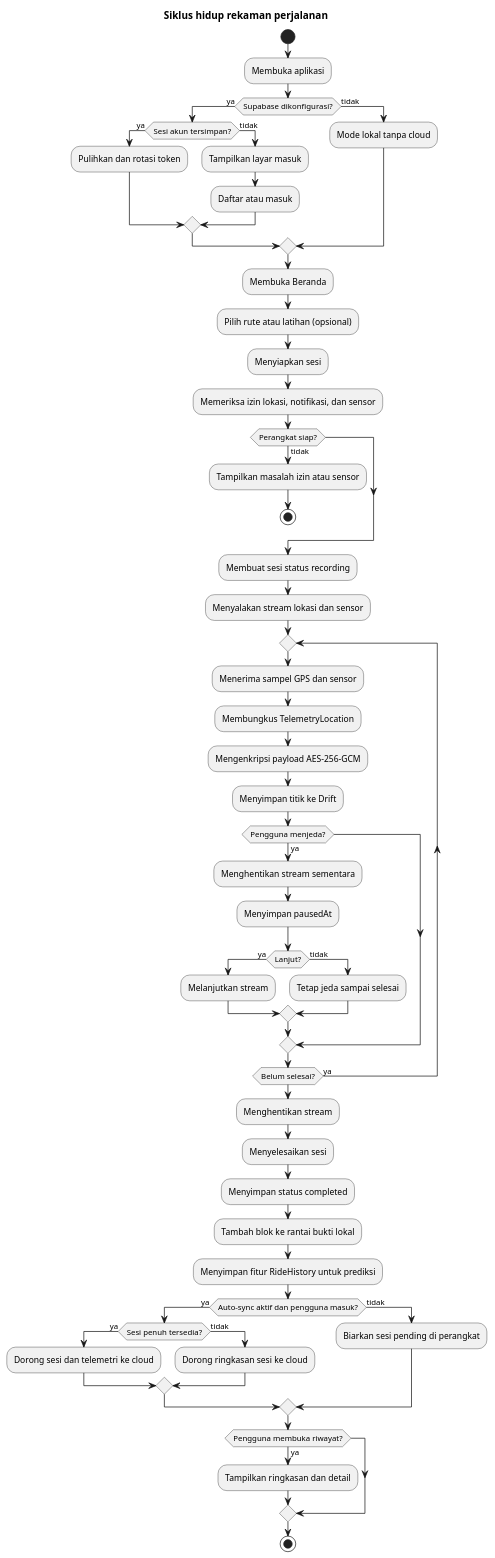
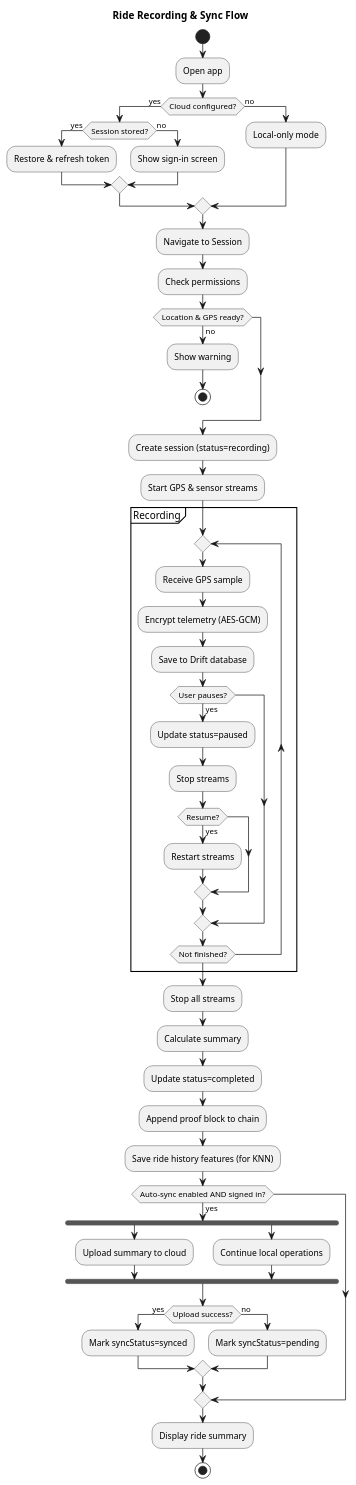
Before and after one commit to IvandryPage/senapath-app: the second of 8 diagrams in docs/UML.md, drawn with PlantUML. The commit also changed other lines of this file and 119 other files, not shown here.

````diff
--- a/docs/UML.md
+++ b/docs/UML.md
@@ -122,69 +235,71 @@
 ```plantuml
 @startuml
-title Siklus hidup rekaman perjalanan
+title Ride Recording & Sync Flow
+
 start
+:Open app;
 
-:Membuka aplikasi;
-if (Supabase dikonfigurasi?) then (ya)
-  if (Sesi akun tersimpan?) then (ya)
-    :Pulihkan dan rotasi token;
-  else (tidak)
-    :Tampilkan layar masuk;
-    :Daftar atau masuk;
+if (Cloud configured?) then (yes)
+  if (Session stored?) then (yes)
+    :Restore & refresh token;
+  else (no)
+    :Show sign-in screen;
   endif
-else (tidak)
-  :Mode lokal tanpa cloud;
+else (no)
+  :Local-only mode;
 endif
 
-:Membuka Beranda;
-:Pilih rute atau latihan (opsional);
-:Menyiapkan sesi;
-:Memeriksa izin lokasi, notifikasi, dan sensor;
-if (Perangkat siap?) then (tidak)
-  :Tampilkan masalah izin atau sensor;
+:Navigate to Session;
+:Check permissions;
+
+if (Location & GPS ready?) then (no)
+  :Show warning;
   stop
 endif
 
-:Membuat sesi status recording;
-:Menyalakan stream lokasi dan sensor;
+:Create session (status=recording);
+:Start GPS & sensor streams;
 
-repeat
-  :Menerima sampel GPS dan sensor;
-  :Membungkus TelemetryLocation;
-  :Mengenkripsi payload AES-256-GCM;
-  :Menyimpan titik ke Drift;
-  if (Pengguna menjeda?) then (ya)
-    :Menghentikan stream sementara;
-    :Menyimpan pausedAt;
-    if (Lanjut?) then (ya)
-      :Melanjutkan stream;
-    else (tidak)
-      :Tetap jeda sampai selesai;
+partition Recording {
+  repeat
+    :Receive GPS sample;
+    :Encrypt telemetry (AES-GCM);
+    :Save to Drift database;
+    
+    if (User pauses?) then (yes)
+      :Update status=paused;
+      :Stop streams;
+      
+      if (Resume?) then (yes)
+        :Restart streams;
+      endif
     endif
+  repeat while (Not finished?)
+}
+
+:Stop all streams;
+:Calculate summary;
+:Update status=completed;
+
+:Append proof block to chain;
+:Save ride history features (for KNN);
+
+if (Auto-sync enabled AND signed in?) then (yes)
+  fork
+    :Upload summary to cloud;
+  fork again
+    :Continue local operations;
+  endfork
+  
+  if (Upload success?) then (yes)
+    :Mark syncStatus=synced;
+  else (no)
+    :Mark syncStatus=pending;
   endif
-repeat while (Belum selesai?) is (ya)
-
-:Menghentikan stream;
-:Menyelesaikan sesi;
-:Menyimpan status completed;
-
-:Tambah blok ke rantai bukti lokal;
-:Menyimpan fitur RideHistory untuk prediksi;
-
-if (Auto-sync aktif dan pengguna masuk?) then (ya)
-  if (Sesi penuh tersedia?) then (ya)
-    :Dorong sesi dan telemetri ke cloud;
-  else (tidak)
-    :Dorong ringkasan sesi ke cloud;
-  endif
-else (tidak)
-  :Biarkan sesi pending di perangkat;
 endif
 
-if (Pengguna membuka riwayat?) then (ya)
-  :Tampilkan ringkasan dan detail;
-endif
+:Display ride summary;
+stop
 
-stop
 @enduml
 ```
````
